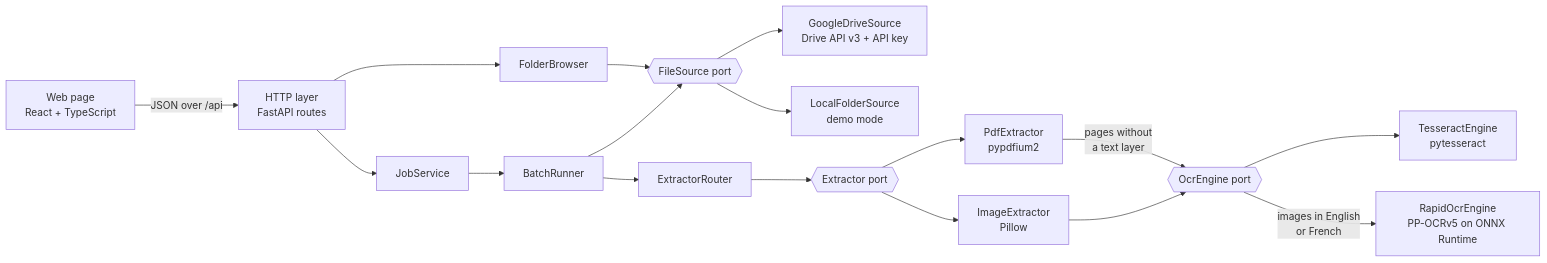
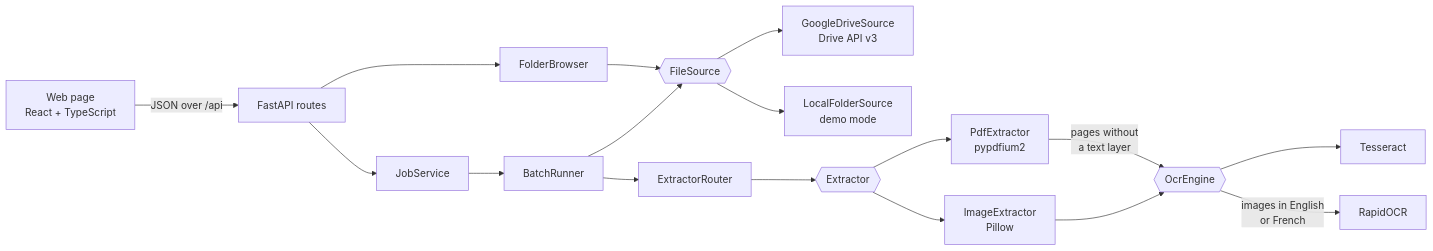
The diagram in README.md (hae-emna/drive-text-extractor), drawn with Mermaid before and after one commit. The commit also changed other lines of this file, not shown here.

````diff
--- a/README.md
+++ b/README.md
@@ -120,17 +98,17 @@
 ```mermaid
 flowchart LR
-    UI["Web page<br/>React + TypeScript"] -- "JSON over /api" --> API["HTTP layer<br/>FastAPI routes"]
+    UI["Web page<br/>React + TypeScript"] -- "JSON over /api" --> API["FastAPI routes"]
     API --> FB[FolderBrowser]
     API --> JS[JobService] --> BR[BatchRunner]
-    FB --> FS{{"FileSource port"}}
+    FB --> FS{{"FileSource"}}
     BR --> FS
-    FS --> GD["GoogleDriveSource<br/>Drive API v3 + API key"]
+    FS --> GD["GoogleDriveSource<br/>Drive API v3"]
     FS --> LF["LocalFolderSource<br/>demo mode"]
-    BR --> R[ExtractorRouter] --> EX{{"Extractor port"}}
+    BR --> R[ExtractorRouter] --> EX{{"Extractor"}}
     EX --> PDF["PdfExtractor<br/>pypdfium2"]
     EX --> IMG["ImageExtractor<br/>Pillow"]
-    PDF -- "pages without<br/>a text layer" --> OCR{{"OcrEngine port"}}
+    PDF -- "pages without<br/>a text layer" --> OCR{{"OcrEngine"}}
     IMG --> OCR
-    OCR --> TES["TesseractEngine<br/>pytesseract"]
-    OCR -- "images in English<br/>or French" --> RAP["RapidOcrEngine<br/>PP-OCRv5 on ONNX Runtime"]
+    OCR --> TES["Tesseract"]
+    OCR -- "images in English<br/>or French" --> RAP["RapidOCR"]
 ```
````
